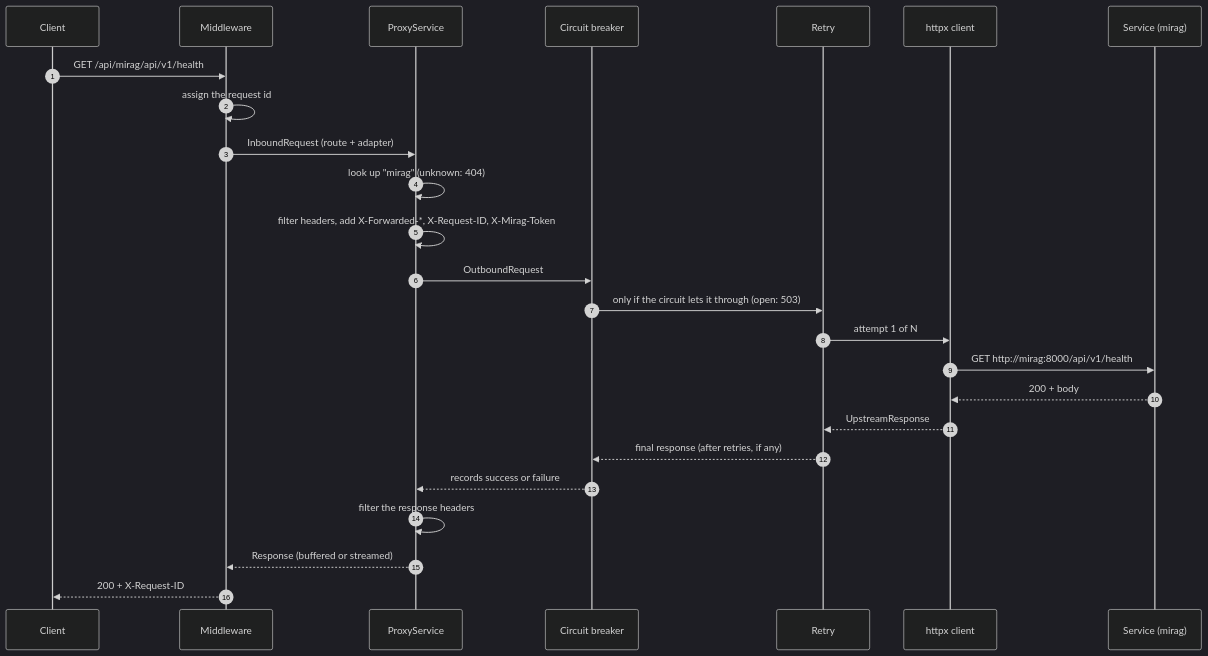
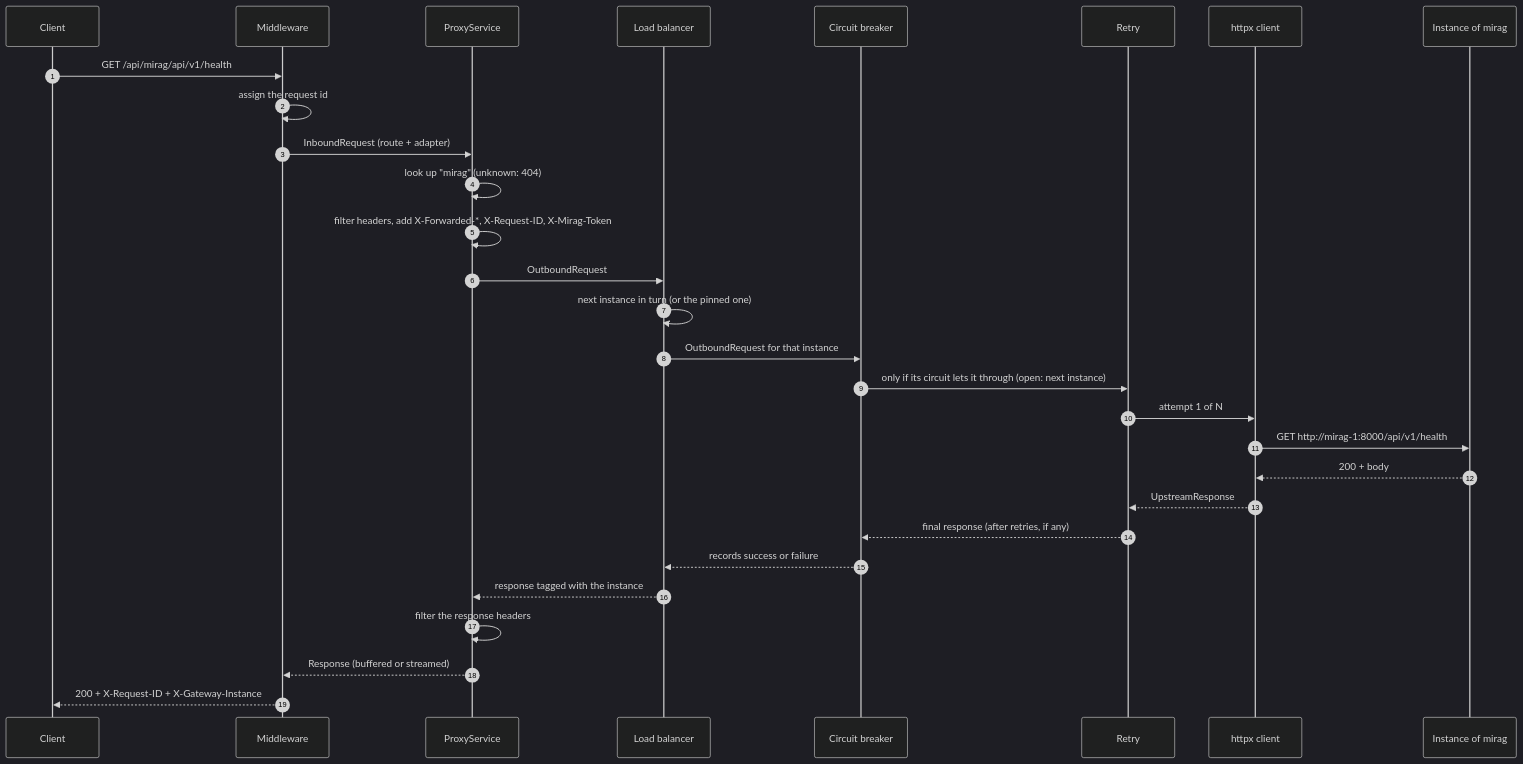
One commit to AndJunes/CodeZard changed the first of 5 diagrams in README.md. Above: the diagram before and after it, drawn with Mermaid (dark theme). The commit also changed other lines of this file and 28 other files, not shown here.

First line of the commit message:
feat: enhance service instance management and load balancing

````diff
--- a/README.md
+++ b/README.md
@@ -85,28 +94,32 @@
 ```mermaid
 sequenceDiagram
     autonumber
     participant C as Client
     participant MW as Middleware
     participant P as ProxyService
+    participant LB as Load balancer
     participant CB as Circuit breaker
     participant RT as Retry
     participant H as httpx client
-    participant S as Service (mirag)
+    participant S as Instance of mirag
 
     C->>MW: GET /api/mirag/api/v1/health
     MW->>MW: assign the request id
     MW->>P: InboundRequest (route + adapter)
     P->>P: look up "mirag" (unknown: 404)
     P->>P: filter headers, add X-Forwarded-*, X-Request-ID, X-Mirag-Token
-    P->>CB: OutboundRequest
-    CB->>RT: only if the circuit lets it through (open: 503)
+    P->>LB: OutboundRequest
+    LB->>LB: next instance in turn (or the pinned one)
+    LB->>CB: OutboundRequest for that instance
+    CB->>RT: only if its circuit lets it through (open: next instance)
     RT->>H: attempt 1 of N
-    H->>S: GET http://mirag:8000/api/v1/health
+    H->>S: GET http://mirag-1:8000/api/v1/health
     S-->>H: 200 + body
     H-->>RT: UpstreamResponse
     RT-->>CB: final response (after retries, if any)
-    CB-->>P: records success or failure
+    CB-->>LB: records success or failure
+    LB-->>P: response tagged with the instance
     P->>P: filter the response headers
     P-->>MW: Response (buffered or streamed)
-    MW-->>C: 200 + X-Request-ID
+    MW-->>C: 200 + X-Request-ID + X-Gateway-Instance
 ```
````
